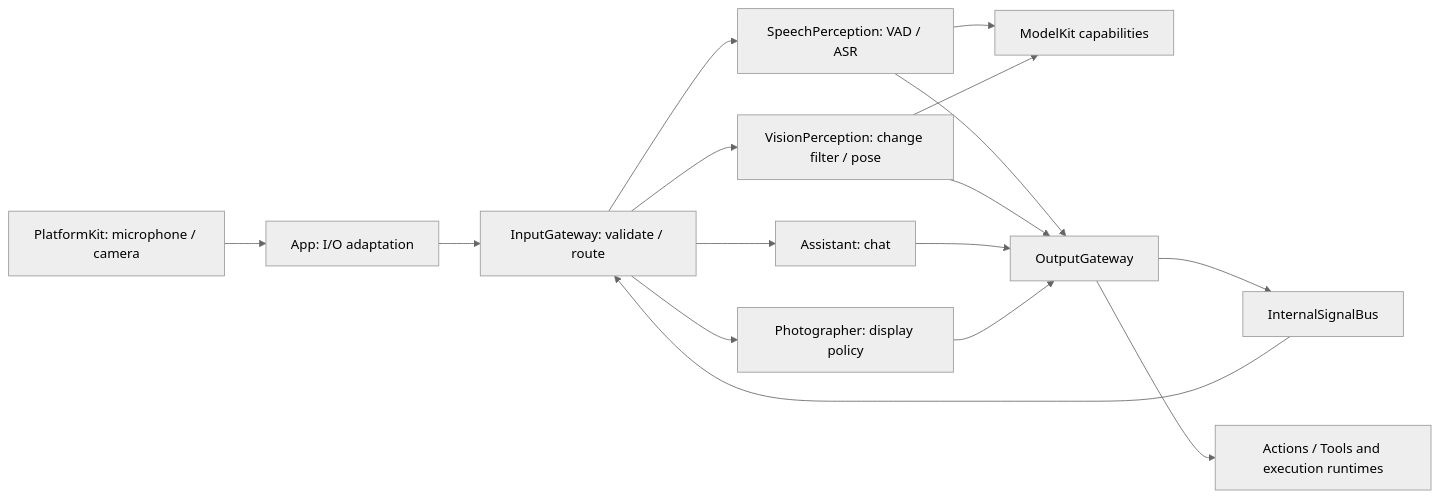
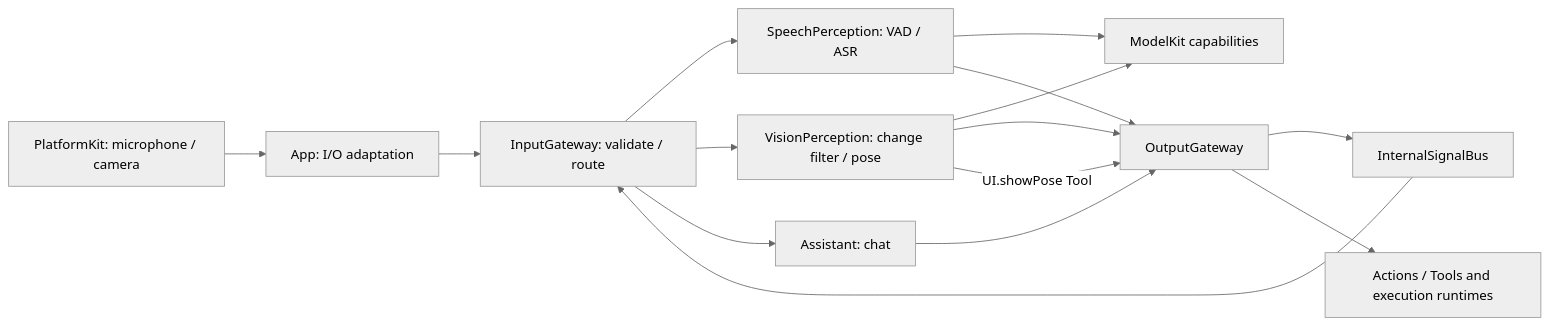
The diagram in docs/Architecture.md (devilyouwei/MobileHarness), drawn with Mermaid (neutral theme) before and after one commit. The commit also changed other lines of this file and 63 other files, not shown here.

````diff
--- a/docs/Architecture.md
+++ b/docs/Architecture.md
@@ -25,18 +25,17 @@
 ```mermaid
 flowchart LR
     Hardware[PlatformKit: microphone / camera] --> App[App: I/O adaptation]
     App --> Input[InputGateway: validate / route]
     Input --> Speech[SpeechPerception: VAD / ASR]
     Input --> Vision[VisionPerception: change filter / pose]
     Speech --> Models[ModelKit capabilities]
     Vision --> Models
     Speech --> Output[OutputGateway]
     Vision --> Output
     Output --> Bus[InternalSignalBus]
     Bus --> Input
     Input --> Assistant[Assistant: chat]
-    Input --> Photographer[Photographer: display policy]
     Assistant --> Output
-    Photographer --> Output
+    Vision -->|UI.showPose Tool| Output
     Output --> Actions[Actions / Tools and execution runtimes]
 ```
````
